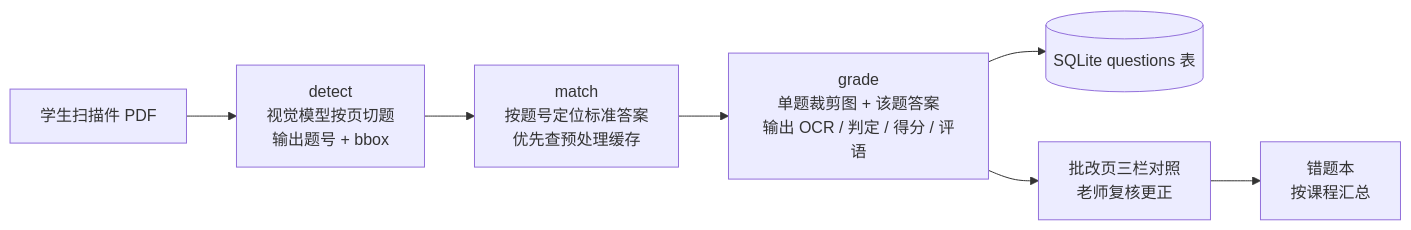
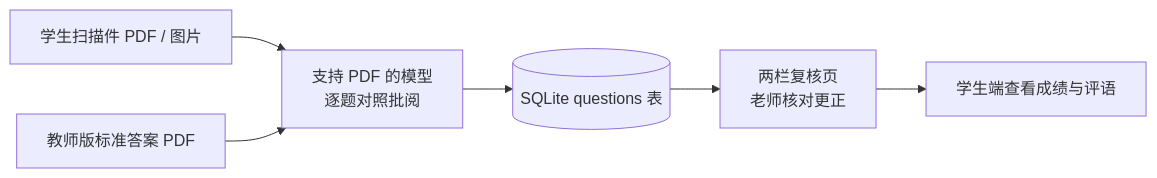
Before and after one commit to jezecheng/GradeLogy: the diagram in README.md, drawn with Mermaid. The commit also changed other lines of this file and 31 other files, not shown here.

````diff
--- a/README.md
+++ b/README.md
@@ -32,9 +30,8 @@
 ```mermaid
 flowchart LR
-    A[学生扫描件 PDF] --> B[detect<br/>视觉模型按页切题<br/>输出题号 + bbox]
-    B --> C[match<br/>按题号定位标准答案<br/>优先查预处理缓存]
-    C --> D[grade<br/>单题裁剪图 + 该题答案<br/>输出 OCR / 判定 / 得分 / 评语]
-    D --> E[(SQLite questions 表)]
-    D --> F[批改页三栏对照<br/>老师复核更正]
-    F --> G[错题本<br/>按课程汇总]
+    A[学生扫描件 PDF / 图片] --> C[支持 PDF 的模型<br/>逐题对照批阅]
+    B[教师版标准答案 PDF] --> C
+    C --> D[(SQLite questions 表)]
+    D --> E[两栏复核页<br/>老师核对更正]
+    E --> F[学生端查看成绩与评语]
 ```
````
